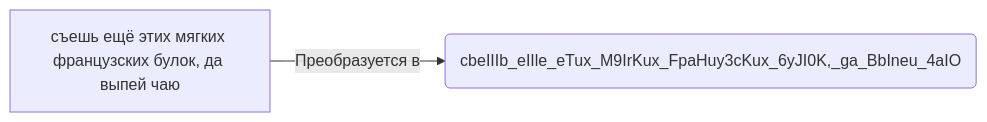
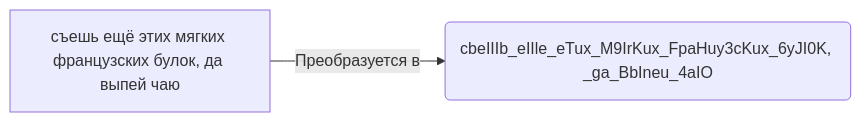
The diagram in README.md (talantvacheslav/ru-eu-converter), drawn with Mermaid before and after one commit.

````diff
--- a/README.md
+++ b/README.md
@@ -11,5 +11,5 @@
 ```mermaid
 graph LR
-A[съешь ещё этих мягких французских булок, да выпей чаю] -- Преобразуется в  --> B(cbeIIIb_eIIle_eTux_M9IrKux_FpaHuy3cKux_6yJI0K,_ga_BbIneu_4aIO)
+A[съешь ещё этих мягких французских булок, да выпей чаю] -- Преобразуется в  --> B(cbeIIIb_eIIle_eTux_M9IrKux_FpaHuy3cKux_6yJI0K, _ga_BbIneu_4aIO)
 
 ```
````
